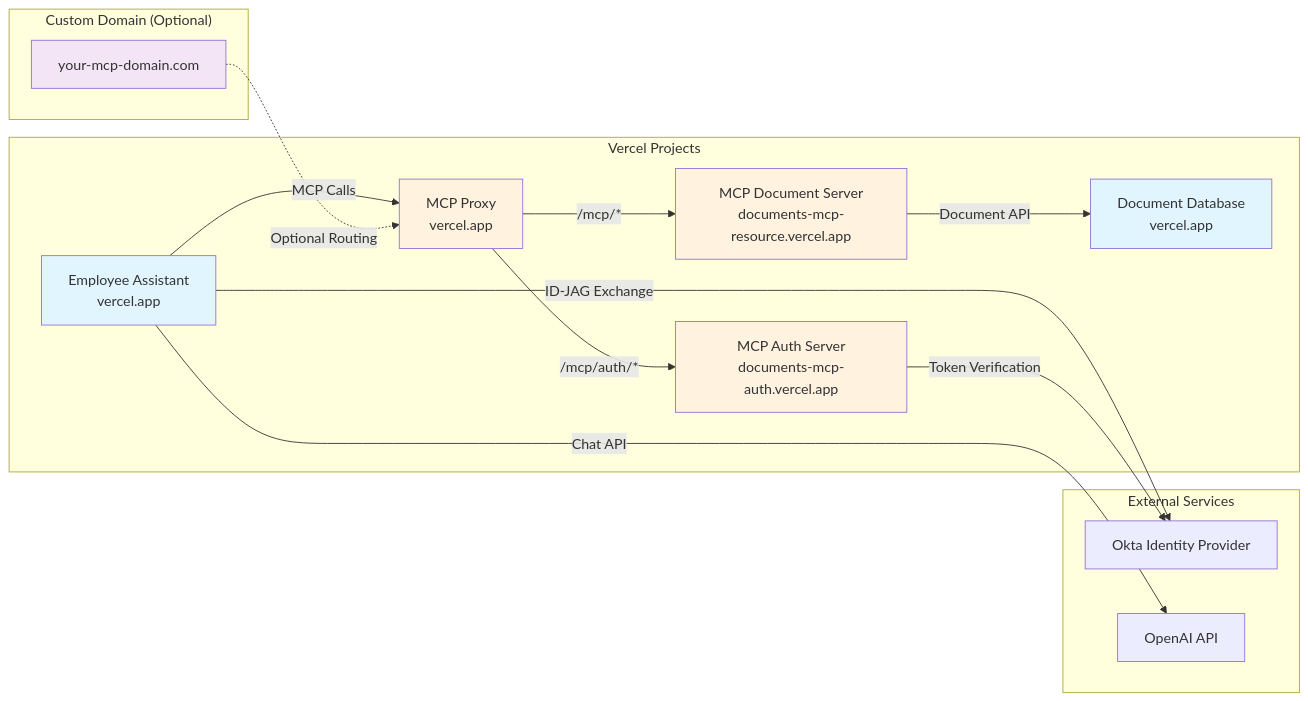
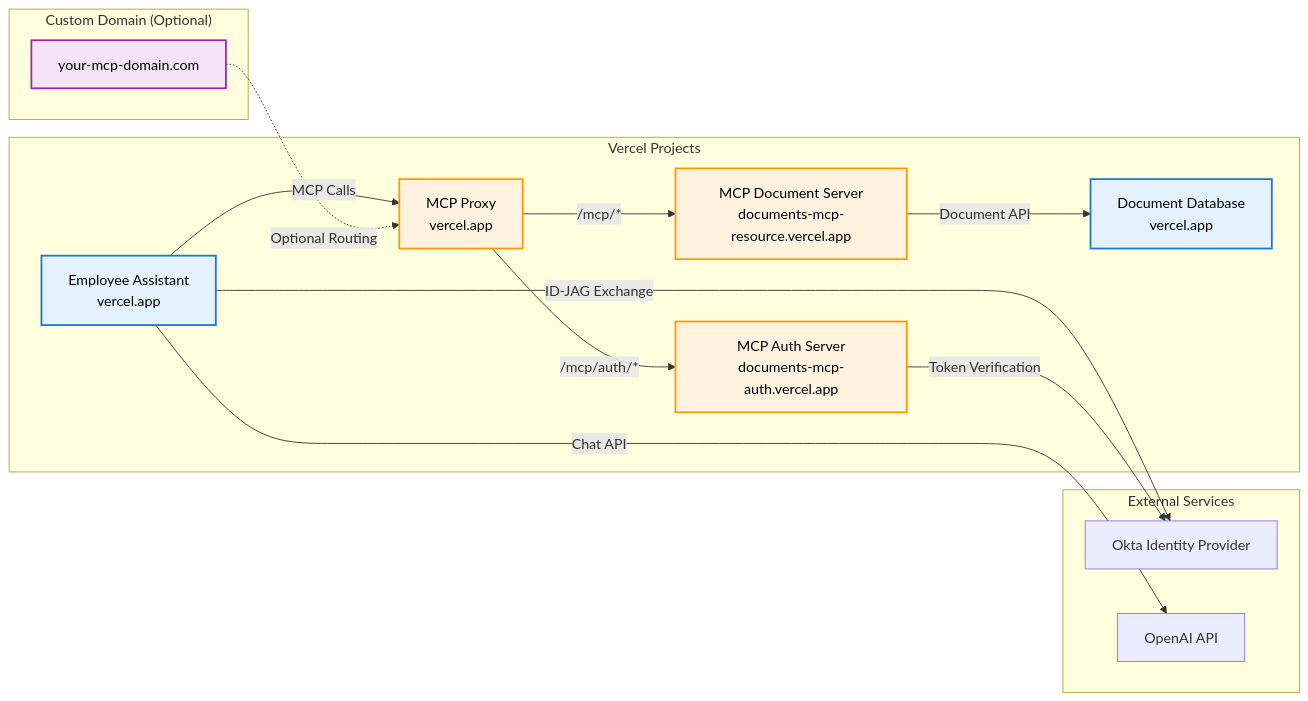
Before and after one commit to indranilokg/okta-cross-app-access-demo: the third of 3 diagrams in README.md, drawn with Mermaid. The commit also changed other lines of this file and 2 other files, not shown here.

````diff
--- a/README.md
+++ b/README.md
@@ -147,36 +147,36 @@
 ```mermaid
 graph LR
     subgraph "Vercel Projects"
         EA_V[Employee Assistant<br/>vercel.app]
         DD_V[Document Database<br/>vercel.app]
         MCP_AUTH_V[MCP Auth Server<br/>documents-mcp-auth.vercel.app]
         MCP_RESOURCE_V[MCP Document Server<br/>documents-mcp-resource.vercel.app]
         MCP_PROXY_V[MCP Proxy<br/>vercel.app]
     end
 
     subgraph "Custom Domain (Optional)"
         CUSTOM[your-mcp-domain.com]
     end
 
     subgraph "External Services"
         OKTA[Okta Identity Provider]
         OPENAI[OpenAI API]
     end
 
     EA_V -->|ID-JAG Exchange| OKTA
     EA_V -->|Chat API| OPENAI
     EA_V -->|MCP Calls| MCP_PROXY_V
     MCP_PROXY_V -->|/mcp/*| MCP_RESOURCE_V
     MCP_PROXY_V -->|/mcp/auth/*| MCP_AUTH_V
     MCP_RESOURCE_V -->|Document API| DD_V
     MCP_AUTH_V -->|Token Verification| OKTA
 
     CUSTOM -.->|Optional Routing| MCP_PROXY_V
 
-    style EA_V fill:#e1f5fe
-    style DD_V fill:#e1f5fe
-    style MCP_AUTH_V fill:#fff3e0
-    style MCP_RESOURCE_V fill:#fff3e0
-    style MCP_PROXY_V fill:#fff3e0
-    style CUSTOM fill:#f3e5f5
+    style EA_V fill:#e3f2fd,stroke:#1976d2,stroke-width:2px,color:#000000
+    style DD_V fill:#e3f2fd,stroke:#1976d2,stroke-width:2px,color:#000000
+    style MCP_AUTH_V fill:#fff3e0,stroke:#ff9800,stroke-width:2px,color:#000000
+    style MCP_RESOURCE_V fill:#fff3e0,stroke:#ff9800,stroke-width:2px,color:#000000
+    style MCP_PROXY_V fill:#fff3e0,stroke:#ff9800,stroke-width:2px,color:#000000
+    style CUSTOM fill:#f3e5f5,stroke:#9c27b0,stroke-width:2px,color:#000000
 ```
````
